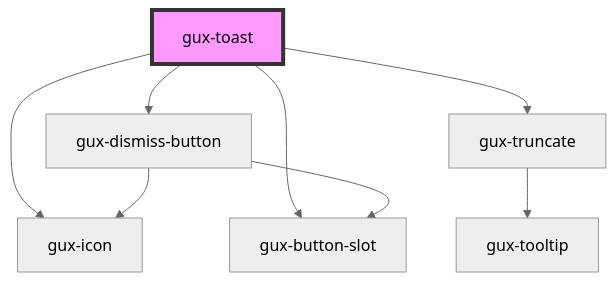
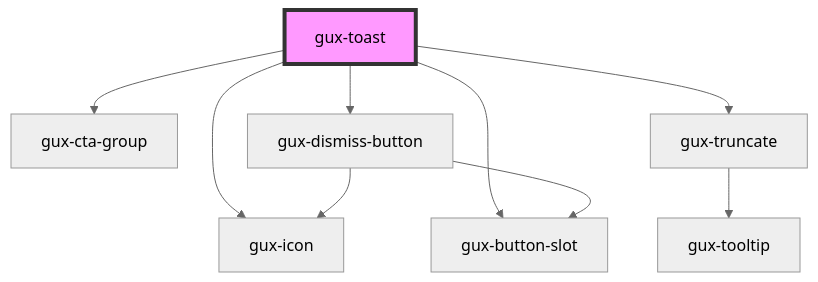
One commit to MyPureCloud/genesys-spark changed the diagram in packages/genesys-spark-components/src/components/stable/gux-toast/readme.md. Above: the diagram before and after it, drawn with Mermaid (neutral theme). The commit also changed other lines of this file and 4 other files, not shown here.

Commit message:
chore(toast): updating to use gux-cta-group

````diff
--- a/packages/genesys-spark-components/src/components/stable/gux-toast/readme.md
+++ b/packages/genesys-spark-components/src/components/stable/gux-toast/readme.md
@@ -44,11 +45,12 @@
 ```mermaid
 graph TD;
   gux-toast --> gux-icon
+  gux-toast --> gux-cta-group
   gux-toast --> gux-button-slot
   gux-toast --> gux-truncate
   gux-toast --> gux-dismiss-button
   gux-truncate --> gux-tooltip
   gux-dismiss-button --> gux-button-slot
   gux-dismiss-button --> gux-icon
   style gux-toast fill:#f9f,stroke:#333,stroke-width:4px
 ```
````
